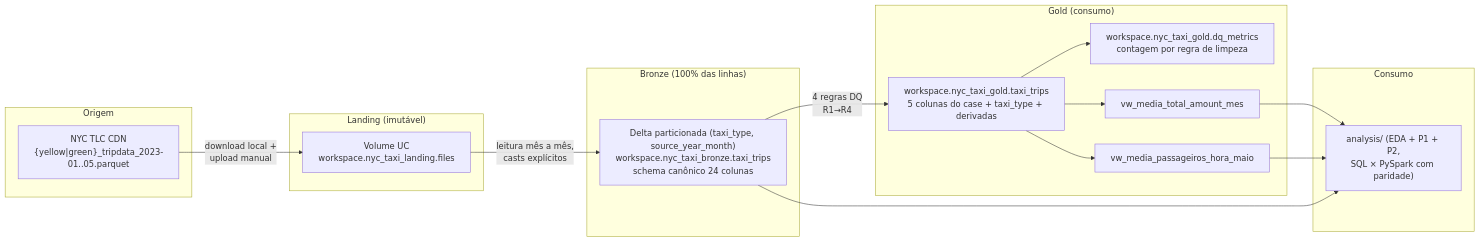
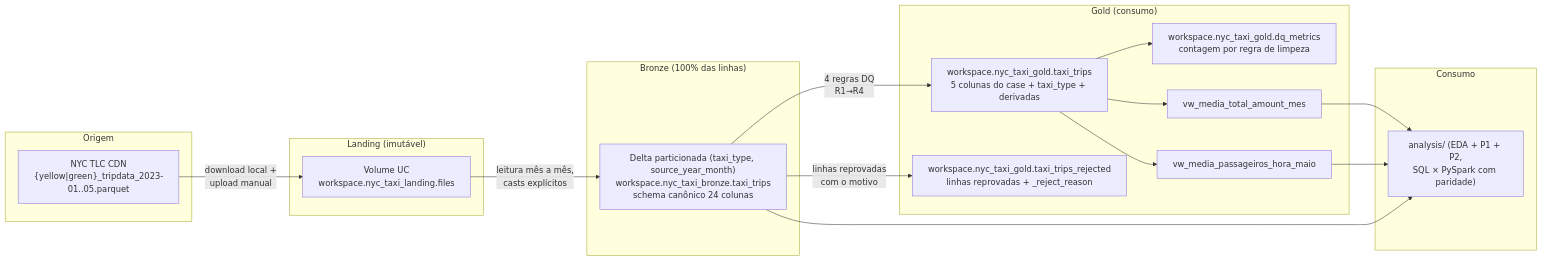
Before and after one commit to stefbartieri/ifood-case: the diagram in README.md, drawn with Mermaid. The commit also changed other lines of this file and 4 other files, not shown here.

First line of the commit message:
feat(008): quarentena de linhas reprovadas na gold

````diff
--- a/README.md
+++ b/README.md
@@ -57,30 +57,32 @@
 ```mermaid
 flowchart LR
     subgraph Origem
         TLC["NYC TLC CDN<br/>{yellow|green}_tripdata_2023-01..05.parquet"]
     end
     subgraph Landing["Landing (imutável)"]
         VOL["Volume UC<br/>workspace.nyc_taxi_landing.files"]
     end
     subgraph Bronze["Bronze (100% das linhas)"]
         BRZ["Delta particionada (taxi_type, source_year_month)<br/>workspace.nyc_taxi_bronze.taxi_trips<br/>schema canônico 24 colunas"]
     end
     subgraph Gold["Gold (consumo)"]
         GLD["workspace.nyc_taxi_gold.taxi_trips<br/>5 colunas do case + taxi_type + derivadas"]
         DQ["workspace.nyc_taxi_gold.dq_metrics<br/>contagem por regra de limpeza"]
+        REJ["workspace.nyc_taxi_gold.taxi_trips_rejected<br/>linhas reprovadas + _reject_reason"]
         V1["vw_media_total_amount_mes"]
         V2["vw_media_passageiros_hora_maio"]
     end
     subgraph Consumo
         AN["analysis/ (EDA + P1 + P2,<br/>SQL × PySpark com paridade)"]
     end
     TLC -->|download local +<br/>upload manual| VOL
     VOL -->|leitura mês a mês,<br/>casts explícitos| BRZ
     BRZ -->|4 regras DQ<br/>R1→R4| GLD
+    BRZ -->|linhas reprovadas<br/>com o motivo| REJ
     GLD --> DQ
     GLD --> V1
     GLD --> V2
     V1 --> AN
     V2 --> AN
     BRZ --> AN
 ```
````
